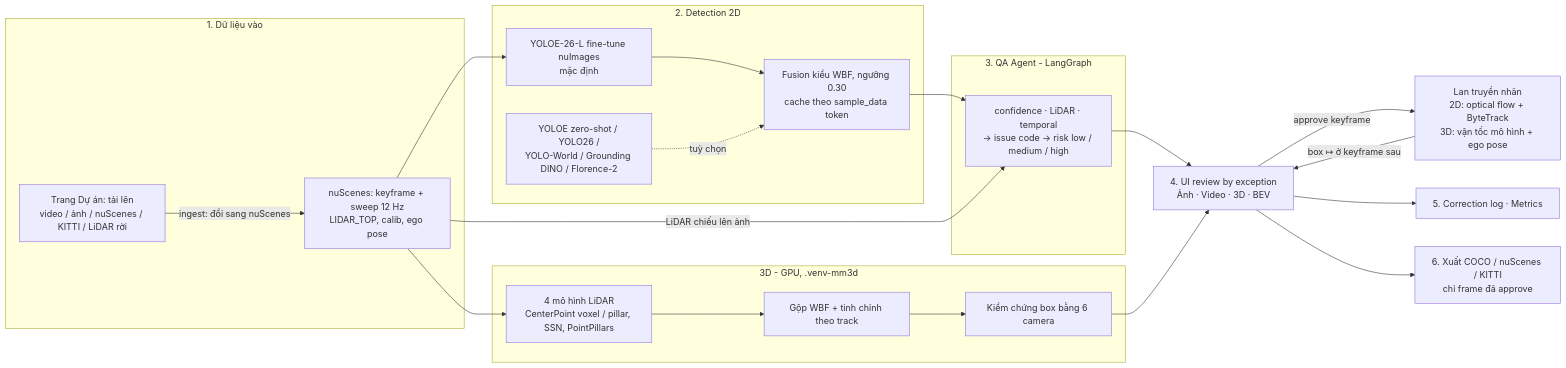
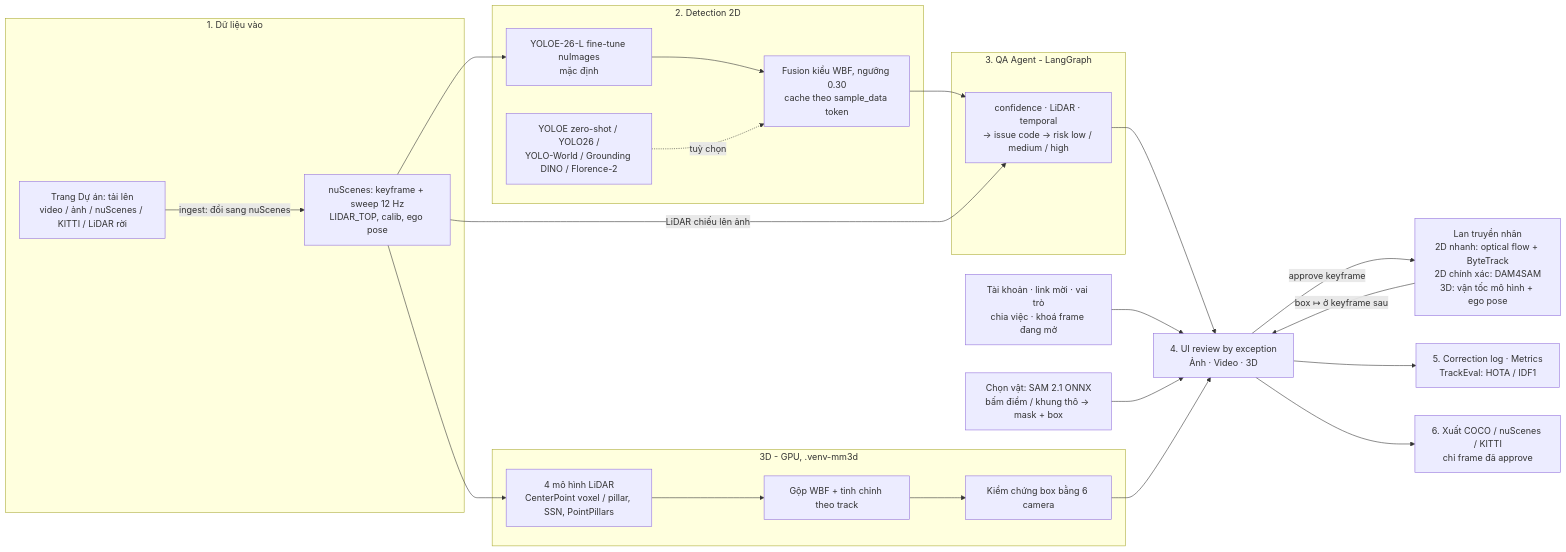
One commit to vietvuivui/P-130-demo changed the first of 3 diagrams in docs/architecture_diagram.md. Above: the diagram before and after it, drawn with Mermaid. The commit also changed other lines of this file and 6 other files, not shown here.

First line of the commit message:
docs(g2): README, sơ đồ kiến trúc, eval evidence và kịch bản video cho Gate G2

````diff
--- a/docs/architecture_diagram.md
+++ b/docs/architecture_diagram.md
@@ -7,34 +7,36 @@
 ```mermaid
 graph LR
     subgraph IN[1. Dữ liệu vào]
         P[Trang Dự án: tải lên<br/>video / ảnh / nuScenes / KITTI / LiDAR rời]
         N[nuScenes: keyframe + sweep 12 Hz<br/>LIDAR_TOP, calib, ego pose]
         P -->|ingest: đổi sang nuScenes| N
     end
     subgraph DET[2. Detection 2D]
         YE[YOLOE-26-L fine-tune nuImages<br/>mặc định]
         ALT[YOLOE zero-shot / YOLO26 /<br/>YOLO-World / Grounding DINO / Florence-2]
         FU[Fusion kiểu WBF, ngưỡng 0.30<br/>cache theo sample_data token]
         YE --> FU
         ALT -. tuỳ chọn .-> FU
     end
     subgraph QA[3. QA Agent - LangGraph]
         Q[confidence · LiDAR · temporal<br/>→ issue code → risk low / medium / high]
     end
     subgraph D3[3D - GPU, .venv-mm3d]
         M4[4 mô hình LiDAR<br/>CenterPoint voxel / pillar, SSN, PointPillars]
         EN[Gộp WBF + tinh chỉnh theo track]
         VF[Kiểm chứng box bằng 6 camera]
         M4 --> EN --> VF
     end
     N --> YE
     N --> M4
     FU --> Q
     N -->|LiDAR chiếu lên ảnh| Q
-    Q --> UI[4. UI review by exception<br/>Ảnh · Video · 3D · BEV]
+    Q --> UI[4. UI review by exception<br/>Ảnh · Video · 3D]
+    US[Tài khoản · link mời · vai trò<br/>chia việc · khoá frame đang mở] --> UI
+    SG[Chọn vật: SAM 2.1 ONNX<br/>bấm điểm / khung thô → mask + box] --> UI
     VF --> UI
-    UI -->|approve keyframe| PR[Lan truyền nhãn<br/>2D: optical flow + ByteTrack<br/>3D: vận tốc mô hình + ego pose]
+    UI -->|approve keyframe| PR[Lan truyền nhãn<br/>2D nhanh: optical flow + ByteTrack<br/>2D chính xác: DAM4SAM<br/>3D: vận tốc mô hình + ego pose]
     PR -->|box ↦ ở keyframe sau| UI
-    UI --> LOG[5. Correction log · Metrics]
+    UI --> LOG[5. Correction log · Metrics<br/>TrackEval: HOTA / IDF1]
     UI --> DS[6. Xuất COCO / nuScenes / KITTI<br/>chỉ frame đã approve]
 ```
````
